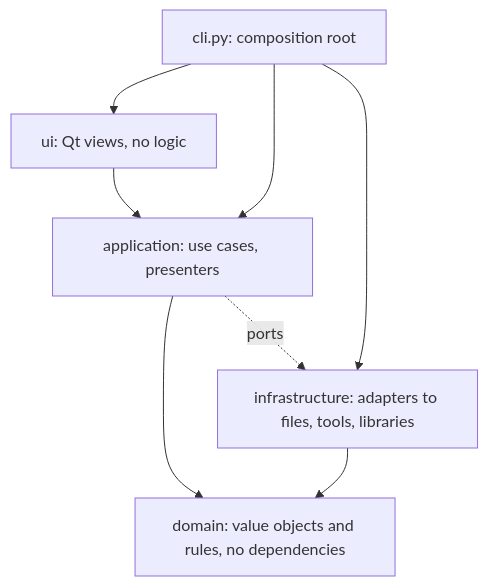
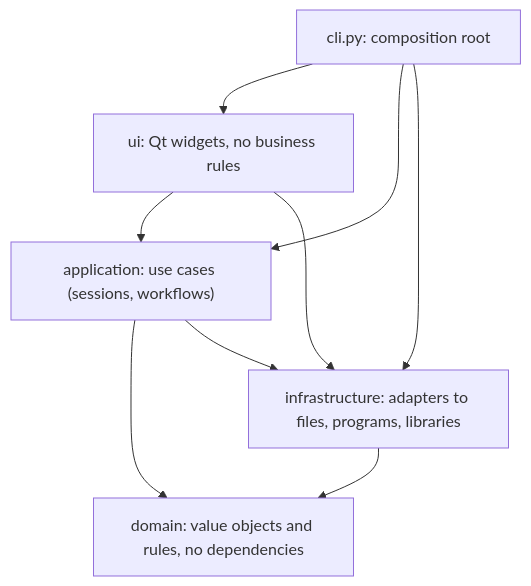
The diagram in docs/developer/architecture.md (peddanet/scanbench), drawn with Mermaid before and after one commit. The commit also changed other lines of this file and 24 other files, not shown here.

```diff
--- a/docs/developer/architecture.md
+++ b/docs/developer/architecture.md
@@ -10,11 +12,12 @@
 ~~~mermaid
 flowchart TB
-  ui["ui: Qt views, no logic"] --> application
-  application["application: use cases, presenters"] --> domain
-  application -. ports .-> infrastructure
-  infrastructure["infrastructure: adapters to files, tools, libraries"] --> domain
+  ui["ui: Qt widgets, no business rules"] --> application
+  ui --> infrastructure
+  application["application: use cases (sessions, workflows)"] --> domain
+  application --> infrastructure
+  infrastructure["infrastructure: adapters to files, programs, libraries"] --> domain
   domain["domain: value objects and rules, no dependencies"]
   cli["cli.py: composition root"] --> ui
   cli --> application
   cli --> infrastructure
 ~~~
```
